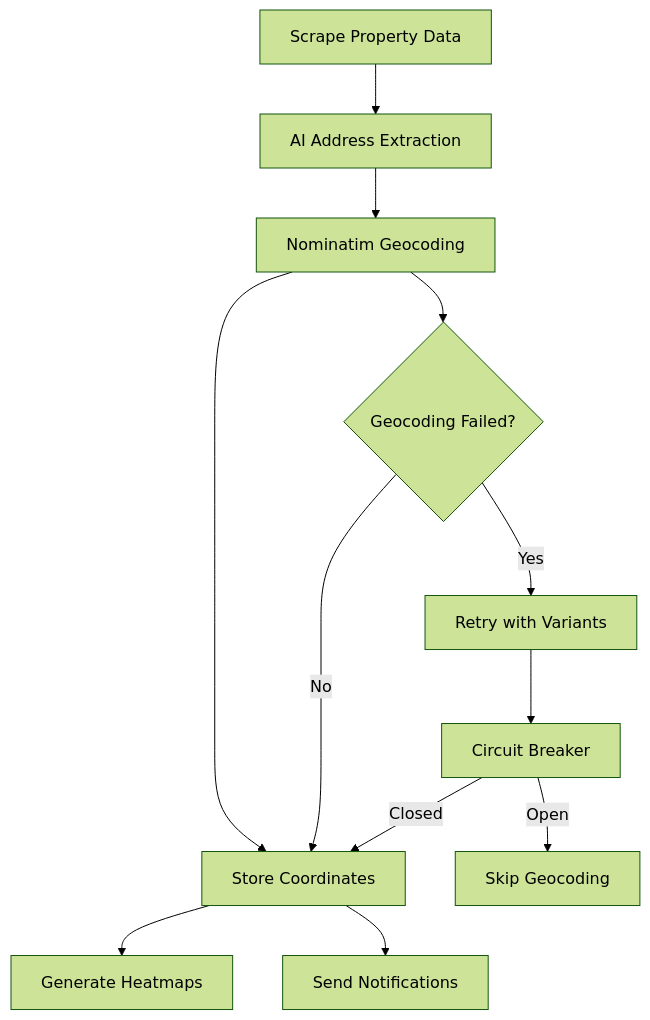
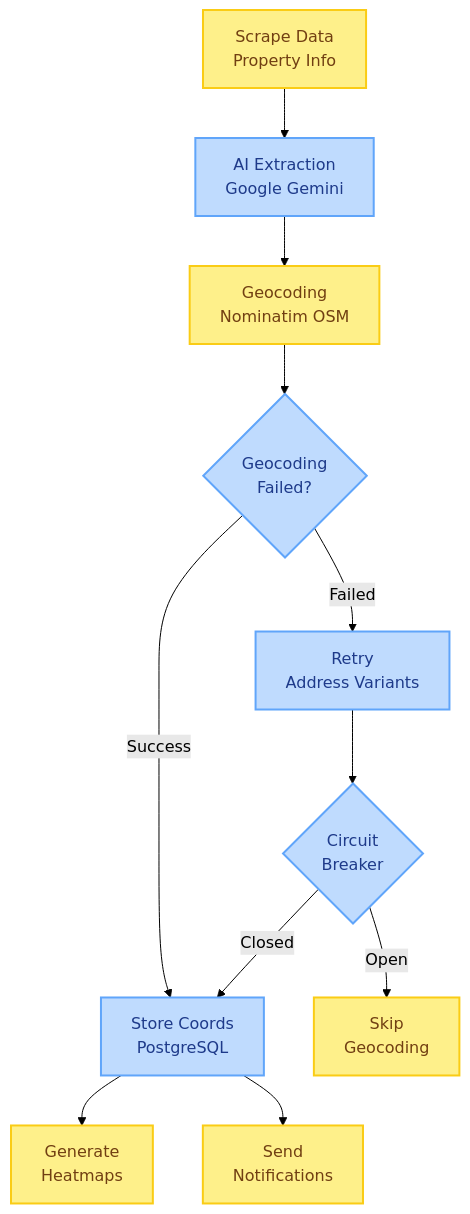
The eighth of 8 diagrams in README.md (Drake3001/Wakacyjne-Wyzwanie---backend-Mieszkaniownik), drawn with Mermaid (forest theme) before and after one commit. The commit also changed other lines of this file and 2 other files, not shown here.

````diff
--- a/README.md
+++ b/README.md
@@ -414,15 +592,45 @@
 ```mermaid
 flowchart TD
-    SCRAPE[Scrape Property Data] --> EXTRACT[AI Address Extraction]
-    EXTRACT --> GEOCODE[Nominatim Geocoding]
-    GEOCODE --> STORE[Store Coordinates]
-    STORE --> HEATMAP[Generate Heatmaps]
-    STORE --> NOTIFY[Send Notifications]
+    %% Styling
+    classDef scrapeClass fill:#fef08a,stroke:#facc15,stroke-width:2px,color:#713f12
+    classDef aiClass fill:#bfdbfe,stroke:#60a5fa,stroke-width:2px,color:#1e3a8a
+    classDef geocodeClass fill:#fef08a,stroke:#facc15,stroke-width:2px,color:#713f12
+    classDef storeClass fill:#bfdbfe,stroke:#60a5fa,stroke-width:2px,color:#1e3a8a
+    classDef outputClass fill:#fef08a,stroke:#facc15,stroke-width:2px,color:#713f12
+    classDef errorClass fill:#bfdbfe,stroke:#60a5fa,stroke-width:2px,color:#1e3a8a
+    classDef skipClass fill:#fef08a,stroke:#facc15,stroke-width:2px,color:#713f12
 
-    GEOCODE --> FALLBACK{Geocoding Failed?}
-    FALLBACK -->|Yes| RETRY[Retry with Variants]
-    FALLBACK -->|No| STORE
-    RETRY --> CIRCUIT[Circuit Breaker]
-    CIRCUIT -->|Open| SKIP[Skip Geocoding]
+    SCRAPE[Scrape Data<br/>Property Info]
+    EXTRACT[AI Extraction<br/>Google Gemini]
+    GEOCODE[Geocoding<br/>Nominatim OSM]
+    STORE[Store Coords<br/>PostgreSQL]
+    HEATMAP[Generate<br/>Heatmaps]
+    NOTIFY[Send<br/>Notifications]
+
+    FALLBACK{Geocoding<br/>Failed?}
+    RETRY[Retry<br/>Address Variants]
+    CIRCUIT{Circuit<br/>Breaker}
+    SKIP[Skip<br/>Geocoding]
+
+    SCRAPE --> EXTRACT
+    EXTRACT --> GEOCODE
+    GEOCODE --> FALLBACK
+
+    FALLBACK -->|Success| STORE
+    FALLBACK -->|Failed| RETRY
+
+    RETRY --> CIRCUIT
+    CIRCUIT -->|Open| SKIP
     CIRCUIT -->|Closed| STORE
+
+    STORE --> HEATMAP & NOTIFY
+
+    %% Apply styles
+    class SCRAPE scrapeClass
+    class EXTRACT aiClass
+    class GEOCODE geocodeClass
+    class STORE storeClass
+    class HEATMAP,NOTIFY outputClass
+    class FALLBACK,RETRY,CIRCUIT errorClass
+    class SKIP skipClass
 ```
````
